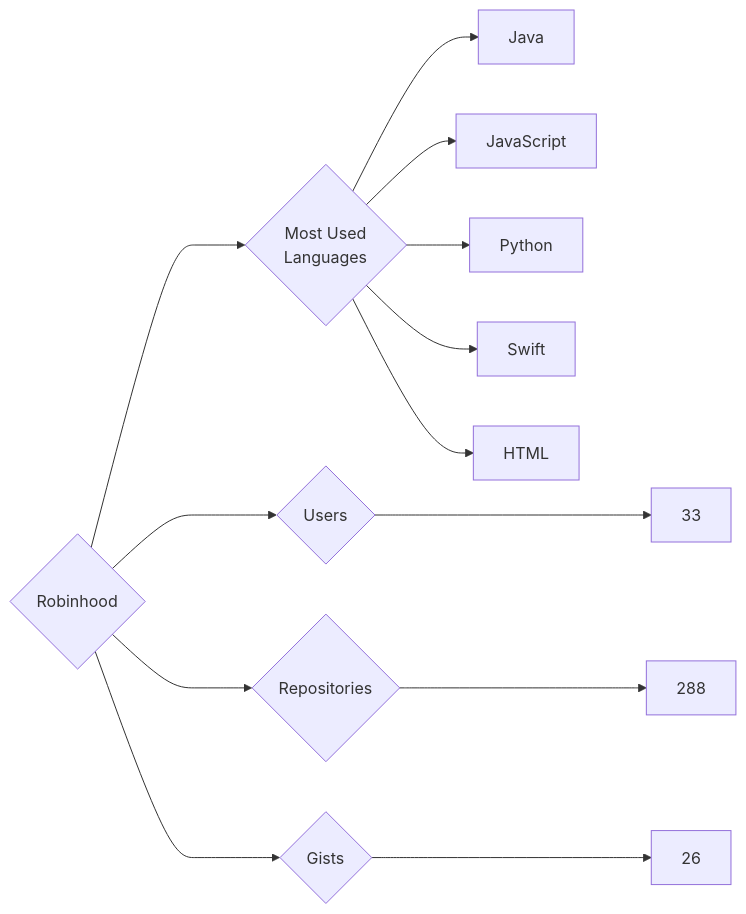
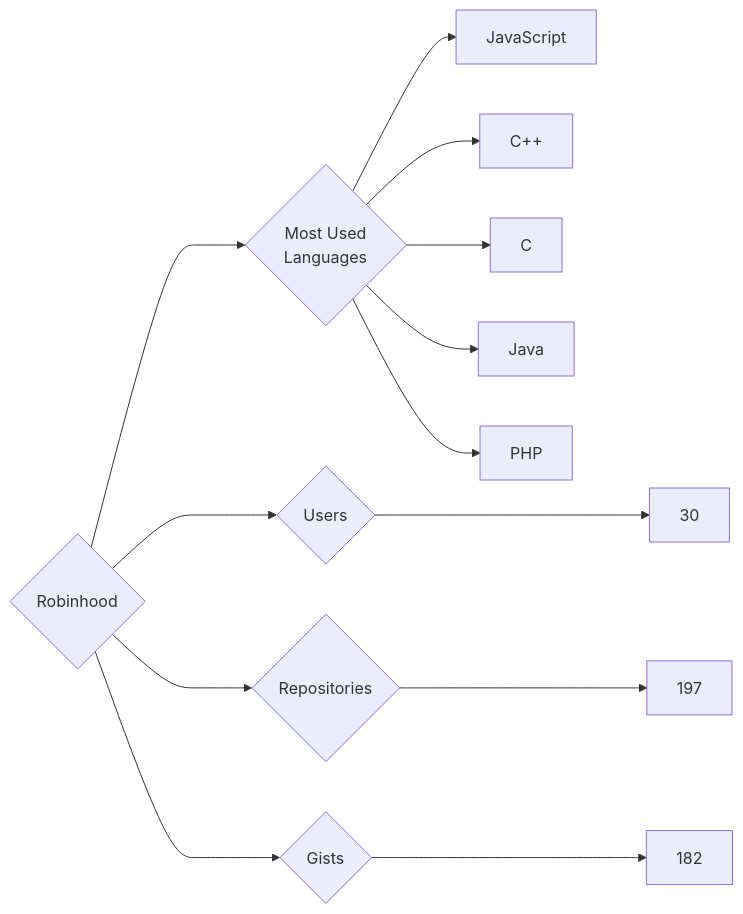
One commit to trickest/insiders changed the diagram in targets/Robinhood/README.md. Above: the diagram before and after it, drawn with Mermaid. The commit also changed 582 other files, not shown here.

````diff
--- a/targets/Robinhood/README.md
+++ b/targets/Robinhood/README.md
@@ -3,13 +3,13 @@
 ```mermaid
 graph LR
 COMPANY_NAME{Robinhood}
-COMPANY_NAME ---> U{Users} ---> UN[33]
-COMPANY_NAME ---> R{Repositories} ---> RN[288]
-COMPANY_NAME ---> G{Gists} ---> GN[26]
+COMPANY_NAME ---> U{Users} ---> UN[30]
+COMPANY_NAME ---> R{Repositories} ---> RN[197]
+COMPANY_NAME ---> G{Gists} ---> GN[182]
 COMPANY_NAME ---> ML{Most Used<br>Languages}
+ML --> JavaScript[JavaScript]
+ML --> C++[C++]
+ML --> C[C]
 ML --> Java[Java]
-ML --> JavaScript[JavaScript]
-ML --> Python[Python]
-ML --> Swift[Swift]
-ML --> HTML[HTML]
+ML --> PHP[PHP]
 ```
````
